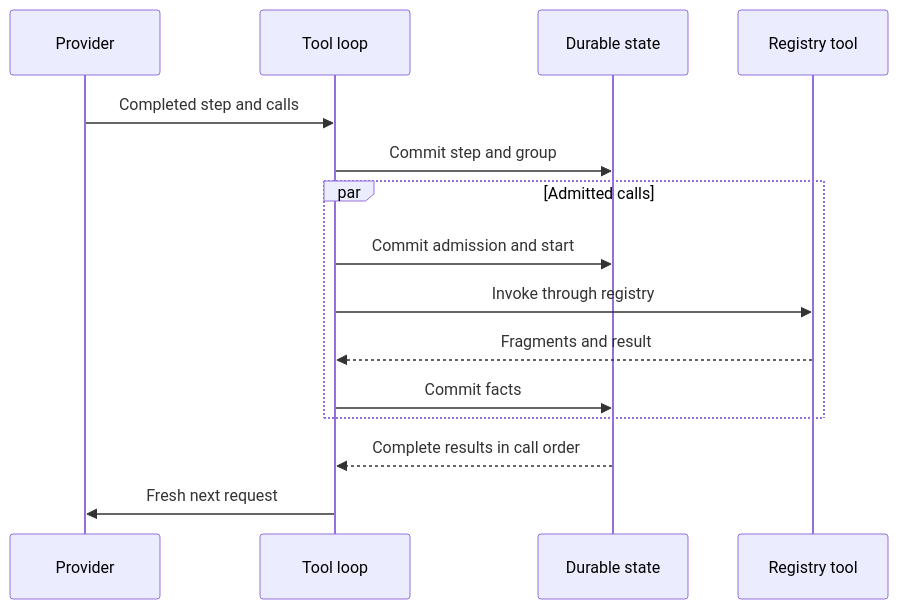
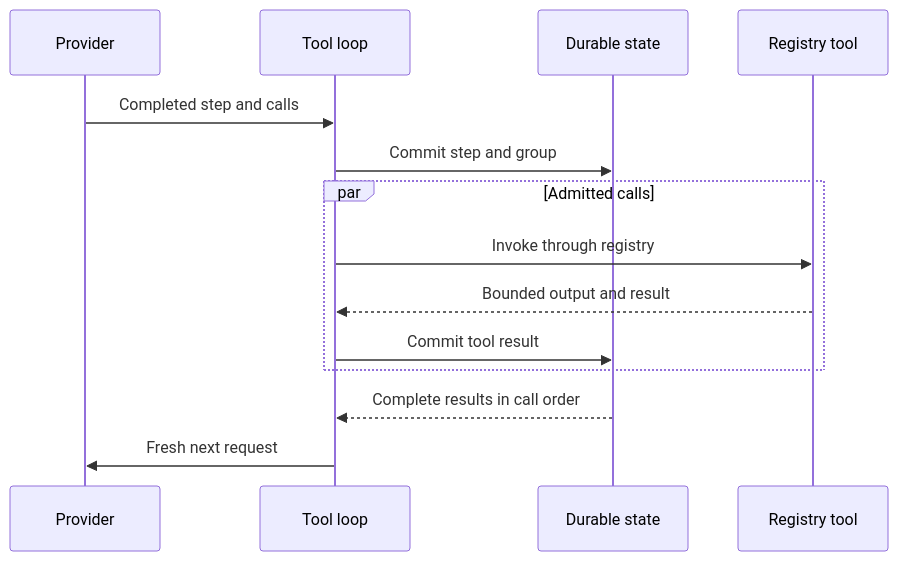
The diagram in docs/intention-relay/architecture/15-tool-registry-and-model-tool-loop.md (y0tsy/intention-relay), drawn with Mermaid before and after one commit. The commit also changed other lines of this file and 24 other files, not shown here.

````diff
--- a/docs/intention-relay/architecture/15-tool-registry-and-model-tool-loop.md
+++ b/docs/intention-relay/architecture/15-tool-registry-and-model-tool-loop.md
@@ -228,18 +226,17 @@
 ```mermaid
 sequenceDiagram
   participant P as Provider
   participant L as Tool loop
   participant D as Durable state
   participant T as Registry tool
 
   P->>L: Completed step and calls
   L->>D: Commit step and group
-  par Admitted calls
-    L->>D: Commit admission and start
+    par Admitted calls
     L->>T: Invoke through registry
-    T-->>L: Fragments and result
-    L->>D: Commit facts
+    T-->>L: Bounded output and result
+    L->>D: Commit tool result
   end
   D-->>L: Complete results in call order
   L->>P: Fresh next request
 ```
````
